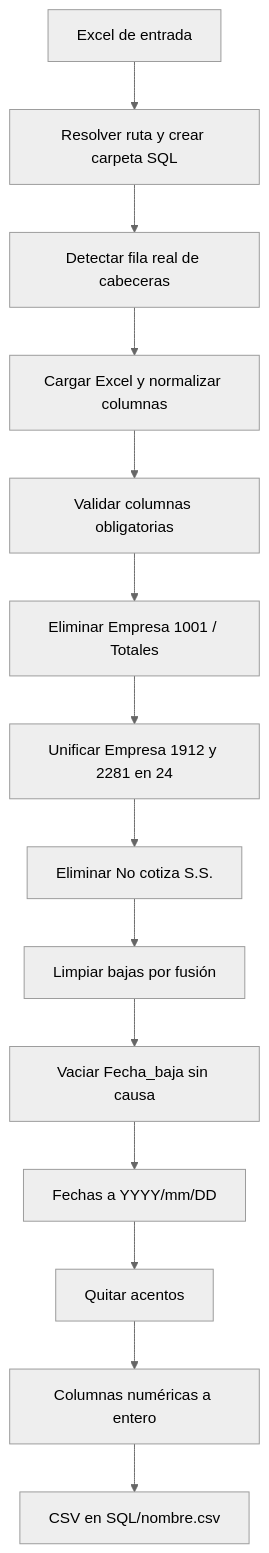
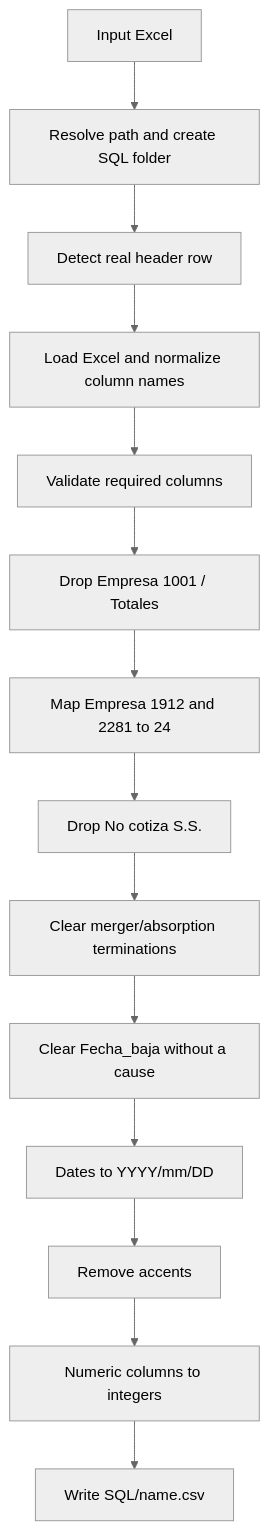
Before and after one commit to Nuria-cg/hr-headcount-excel-to-sql-csv: the diagram in README.md, drawn with Mermaid (neutral theme). The commit also changed other lines of this file, not shown here.

````diff
--- a/README.md
+++ b/README.md
@@ -53,16 +55,16 @@
 ```mermaid
 flowchart TD
-    A[Excel de entrada] --> B[Resolver ruta y crear carpeta SQL]
-    B --> C[Detectar fila real de cabeceras]
-    C --> D[Cargar Excel y normalizar columnas]
-    D --> E[Validar columnas obligatorias]
-    E --> F[Eliminar Empresa 1001 / Totales]
-    F --> G[Unificar Empresa 1912 y 2281 en 24]
-    G --> H[Eliminar No cotiza S.S.]
-    H --> I[Limpiar bajas por fusión]
-    I --> J[Vaciar Fecha_baja sin causa]
-    J --> K[Fechas a YYYY/mm/DD]
-    K --> L[Quitar acentos]
-    L --> M[Columnas numéricas a entero]
-    M --> N[CSV en SQL/nombre.csv]
+    A[Input Excel] --> B[Resolve path and create SQL folder]
+    B --> C[Detect real header row]
+    C --> D[Load Excel and normalize column names]
+    D --> E[Validate required columns]
+    E --> F[Drop Empresa 1001 / Totales]
+    F --> G[Map Empresa 1912 and 2281 to 24]
+    G --> H[Drop No cotiza S.S.]
+    H --> I[Clear merger/absorption terminations]
+    I --> J[Clear Fecha_baja without a cause]
+    J --> K[Dates to YYYY/mm/DD]
+    K --> L[Remove accents]
+    L --> M[Numeric columns to integers]
+    M --> N[Write SQL/name.csv]
 ```
````
